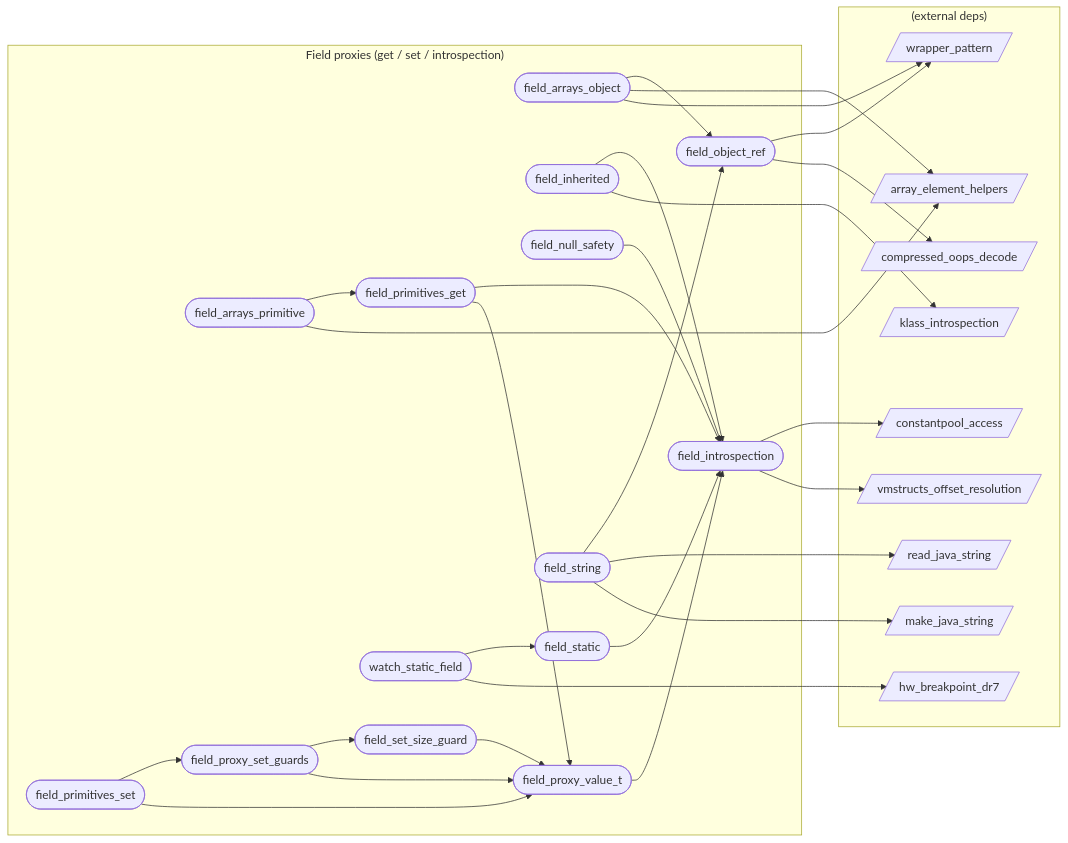
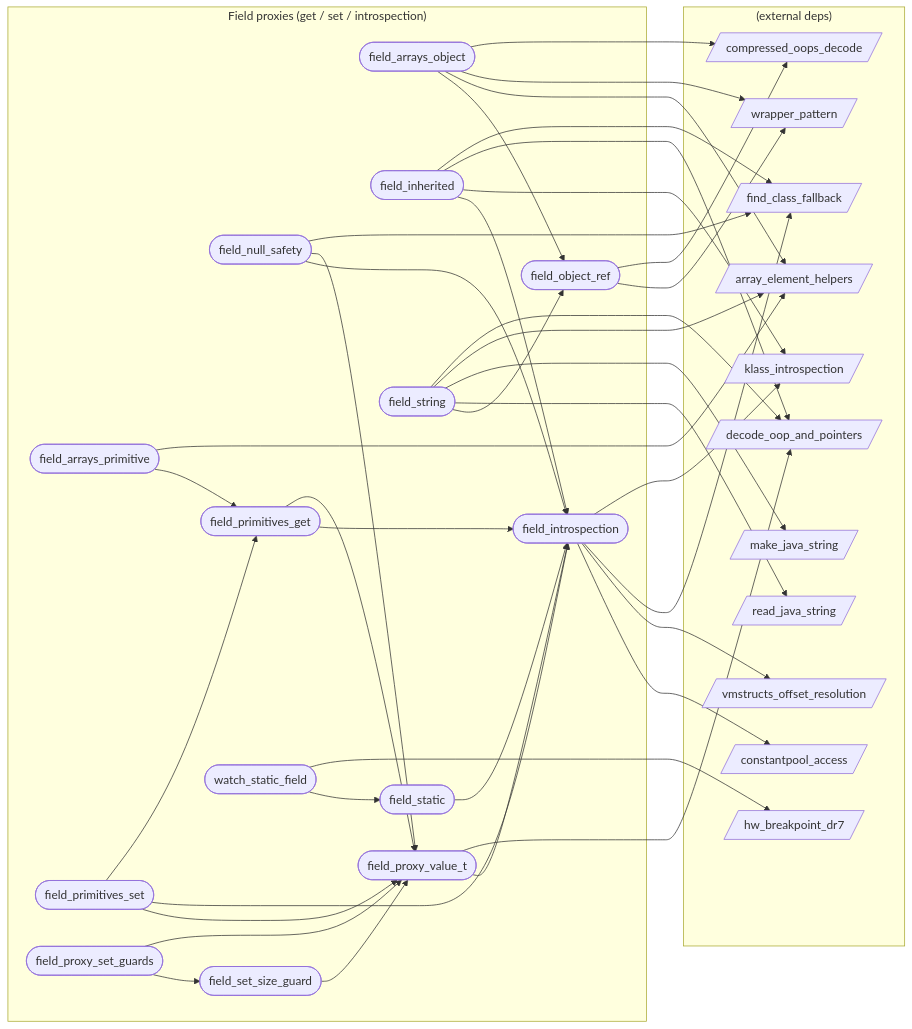
The diagram in audit/graph/categories/field.md (xxxnpno/VMHook), drawn with Mermaid before and after one commit. The commit also changed other lines of this file and 89 other files, not shown here.

````diff
--- a/audit/graph/categories/field.md
+++ b/audit/graph/categories/field.md
@@ -31,56 +31,69 @@
 ```mermaid
 flowchart LR
   subgraph field["Field proxies (get / set / introspection)"]
     field_arrays_object([field_arrays_object])
     field_arrays_primitive([field_arrays_primitive])
     field_inherited([field_inherited])
     field_introspection([field_introspection])
     field_null_safety([field_null_safety])
     field_object_ref([field_object_ref])
     field_primitives_get([field_primitives_get])
     field_primitives_set([field_primitives_set])
     field_proxy_set_guards([field_proxy_set_guards])
     field_proxy_value_t([field_proxy_value_t])
     field_set_size_guard([field_set_size_guard])
     field_static([field_static])
     field_string([field_string])
     watch_static_field([watch_static_field])
   end
   subgraph external["(external deps)"]
     array_element_helpers[/array_element_helpers/]
     compressed_oops_decode[/compressed_oops_decode/]
     constantpool_access[/constantpool_access/]
+    decode_oop_and_pointers[/decode_oop_and_pointers/]
+    find_class_fallback[/find_class_fallback/]
     hw_breakpoint_dr7[/hw_breakpoint_dr7/]
     klass_introspection[/klass_introspection/]
     make_java_string[/make_java_string/]
     read_java_string[/read_java_string/]
     vmstructs_offset_resolution[/vmstructs_offset_resolution/]
     wrapper_pattern[/wrapper_pattern/]
   end
   field_arrays_object --> field_object_ref
   field_arrays_object --> array_element_helpers
   field_arrays_object --> wrapper_pattern
+  field_arrays_object --> compressed_oops_decode
   field_arrays_primitive --> field_primitives_get
   field_arrays_primitive --> array_element_helpers
   field_inherited --> field_introspection
   field_inherited --> klass_introspection
+  field_inherited --> decode_oop_and_pointers
+  field_inherited --> find_class_fallback
   field_introspection --> constantpool_access
   field_introspection --> vmstructs_offset_resolution
+  field_introspection --> find_class_fallback
+  field_introspection --> klass_introspection
   field_null_safety --> field_introspection
+  field_null_safety --> field_proxy_value_t
+  field_null_safety --> find_class_fallback
   field_object_ref --> wrapper_pattern
   field_object_ref --> compressed_oops_decode
   field_primitives_get --> field_introspection
   field_primitives_get --> field_proxy_value_t
-  field_primitives_set --> field_proxy_set_guards
   field_primitives_set --> field_proxy_value_t
+  field_primitives_set --> field_introspection
+  field_primitives_set --> field_primitives_get
   field_proxy_set_guards --> field_set_size_guard
   field_proxy_set_guards --> field_proxy_value_t
   field_proxy_value_t --> field_introspection
+  field_proxy_value_t --> decode_oop_and_pointers
   field_set_size_guard --> field_proxy_value_t
   field_static --> field_introspection
   field_string --> field_object_ref
   field_string --> read_java_string
   field_string --> make_java_string
+  field_string --> array_element_helpers
+  field_string --> decode_oop_and_pointers
   watch_static_field --> field_static
   watch_static_field --> hw_breakpoint_dr7
 ```
````
